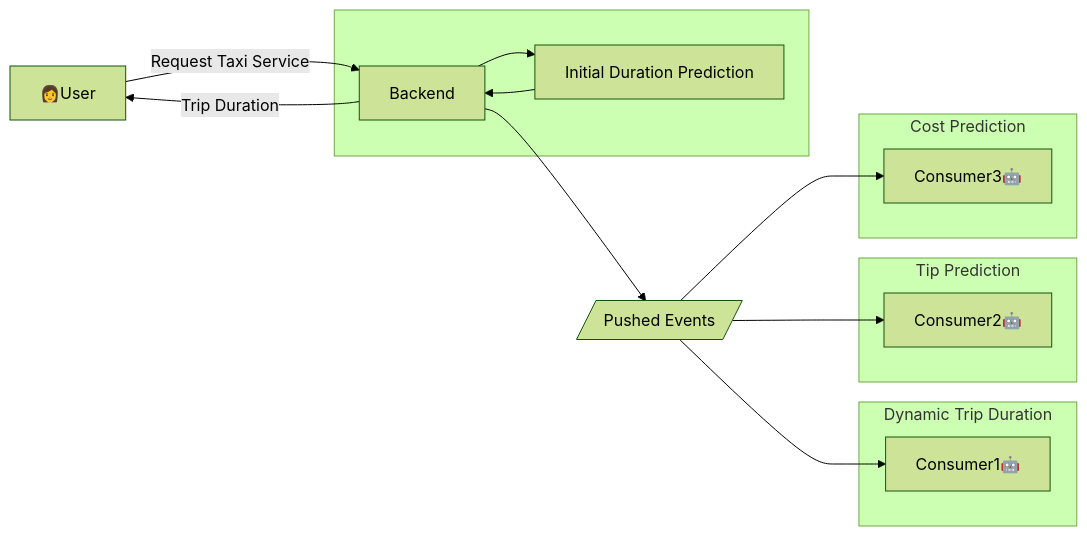
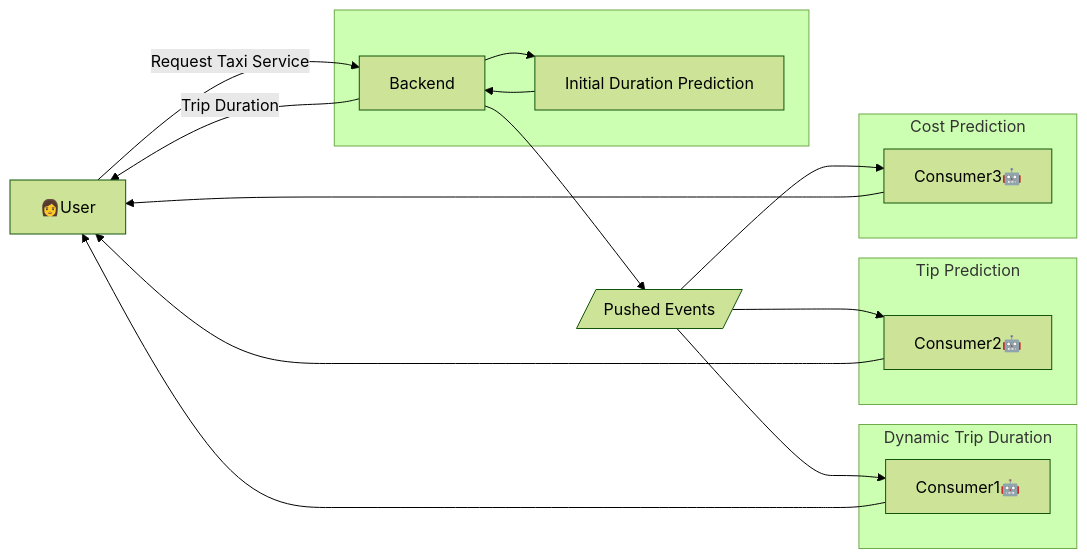
Before and after one commit to mossdet/mlops-dlp: the fifth of 5 diagrams in week04/README.md, drawn with Mermaid (forest theme).

````diff
--- a/week04/README.md
+++ b/week04/README.md
@@ -72,22 +72,23 @@
 ```mermaid
 graph LR
     User[👩User]--> |Request Taxi Service| Backend[Backend]
     Backend--> |Trip Duration| User
     Backend--> Events[/Pushed Events/]
     Events --> Consumer1[Consumer1🤖] & Consumer2[Consumer2🤖] & Consumer3[Consumer3🤖]
+    Consumer1[Consumer1🤖] & Consumer2[Consumer2🤖] & Consumer3[Consumer3🤖] --> User
 
     subgraph noteBackend [" "]
         Backend--> note["Initial Duration Prediction"]--> Backend
     end
 
     subgraph noteConsumer1 ["Dynamic Trip Duration"]
         Consumer1
     end
     subgraph noteConsumer2 ["Tip Prediction"]
         Consumer2
     end
     subgraph noteConsumer3 ["Cost Prediction"]
         Consumer3
     end
 
 ```
````
